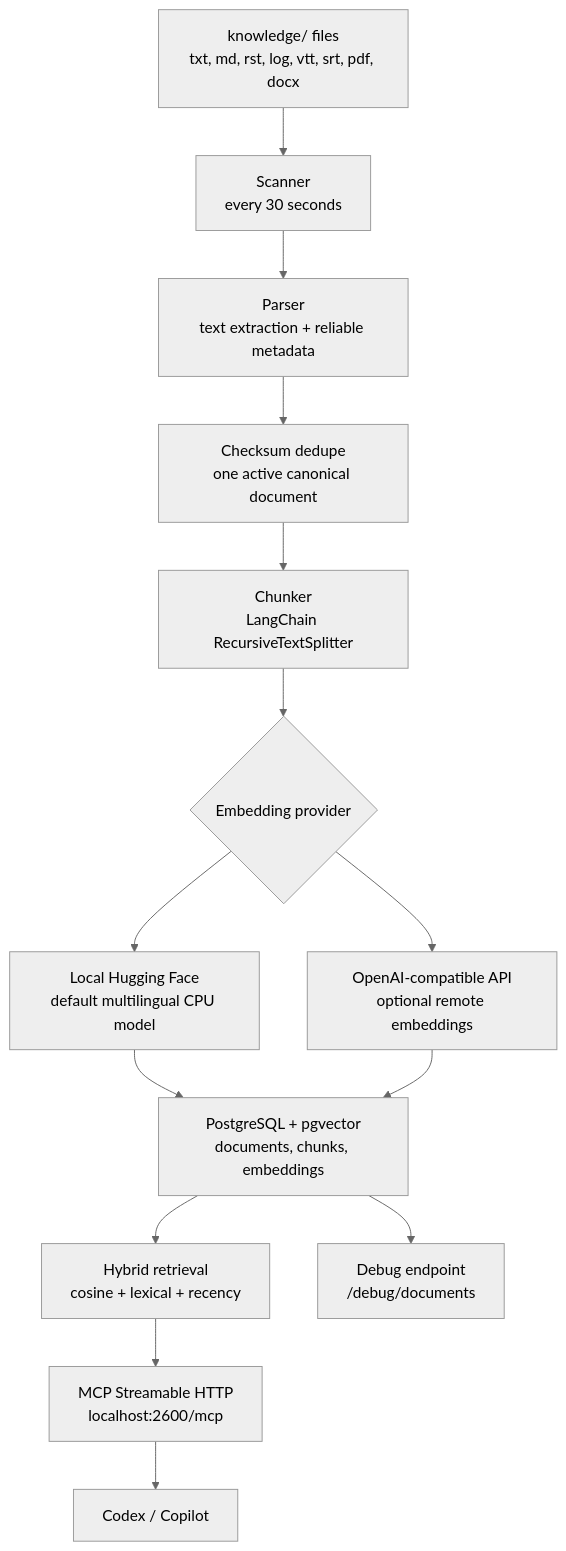
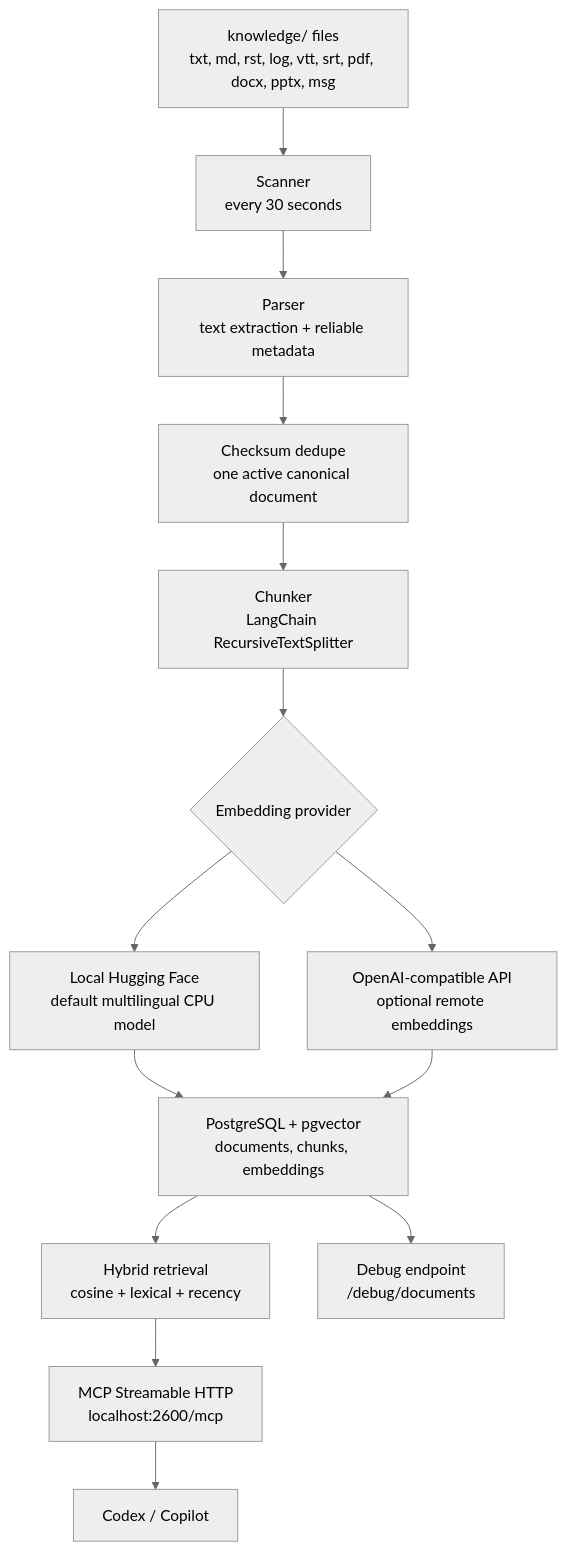
Before and after one commit to wgruszczyk/tpo-agentic-automation-document-memory-rag: the diagram in README.md, drawn with Mermaid (neutral theme). The commit also changed other lines of this file and 5 other files, not shown here.

````diff
--- a/README.md
+++ b/README.md
@@ -37,16 +37,16 @@
 ```mermaid
 flowchart TD
-    A["knowledge/ files<br/>txt, md, rst, log, vtt, srt, pdf, docx"] --> B["Scanner<br/>every 30 seconds"]
+    A["knowledge/ files<br/>txt, md, rst, log, vtt, srt, pdf, docx, pptx, msg"] --> B["Scanner<br/>every 30 seconds"]
     B --> C["Parser<br/>text extraction + reliable metadata"]
     C --> D["Checksum dedupe<br/>one active canonical document"]
     D --> E["Chunker<br/>LangChain RecursiveTextSplitter"]
     E --> F{"Embedding provider"}
     F --> G["Local Hugging Face<br/>default multilingual CPU model"]
     F --> H["OpenAI-compatible API<br/>optional remote embeddings"]
     G --> I["PostgreSQL + pgvector<br/>documents, chunks, embeddings"]
     H --> I
     I --> J["Hybrid retrieval<br/>cosine + lexical + recency"]
     J --> K["MCP Streamable HTTP<br/>localhost:2600/mcp"]
     I --> L["Debug endpoint<br/>/debug/documents"]
     K --> M["Codex / Copilot"]
 ```
````
